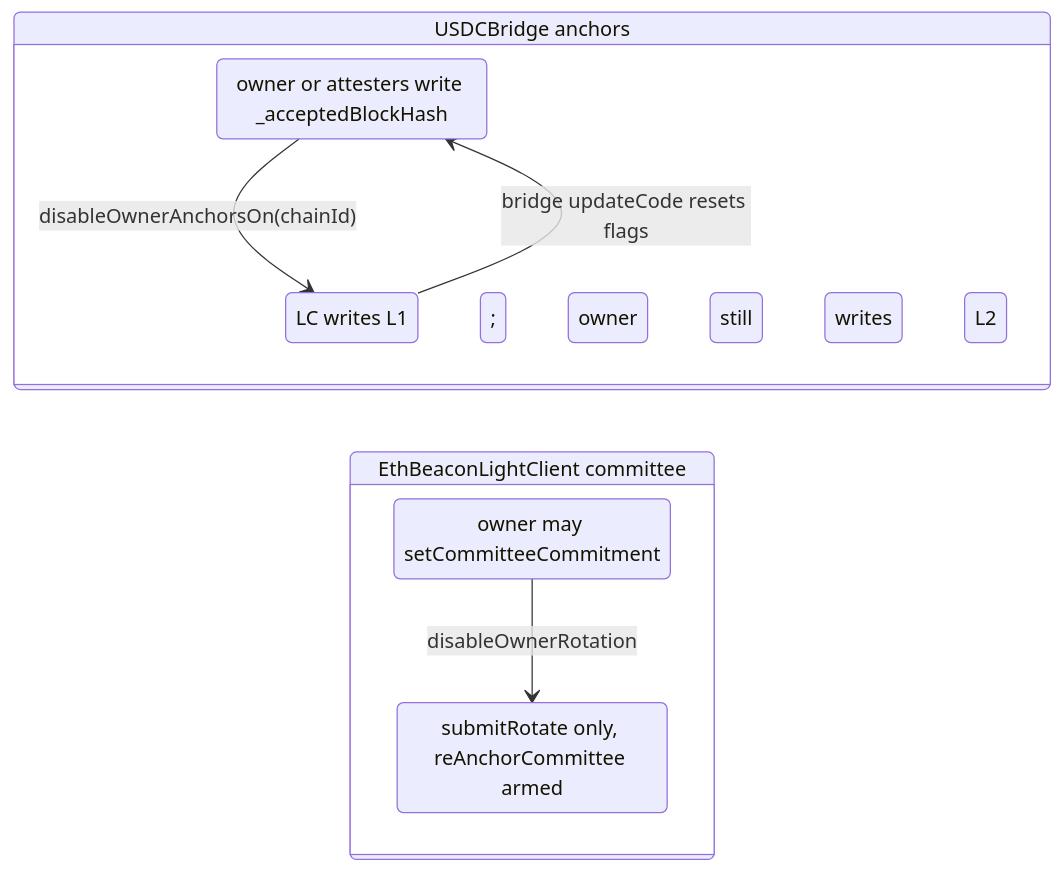
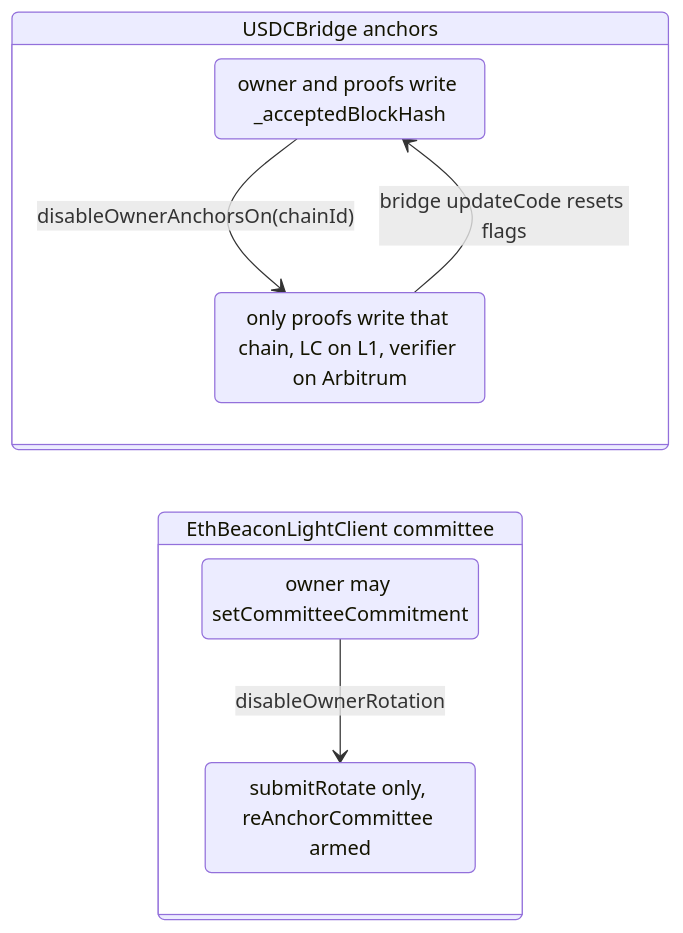
The fourth of 5 diagrams in docs/eth-light-client.md (gosh-sh/bridge), drawn with Mermaid before and after one commit. The commit also changed other lines of this file and 7 other files, not shown here.

First line of the commit message:
Anchor writers: no attester path, the Arbitrum verifier named (bridge-audit#111) (#158)

````diff
--- a/docs/eth-light-client.md
+++ b/docs/eth-light-client.md
@@ -302,15 +303,15 @@
 ```mermaid
 stateDiagram-v2
   direction LR
   state "USDCBridge anchors" as UBA {
-    OwnerAnchors: owner or attesters write _acceptedBlockHash
-    LightClientAnchors: LC writes L1; owner still writes L2
-    OwnerAnchors --> LightClientAnchors: disableOwnerAnchorsOn(chainId)
-    LightClientAnchors --> OwnerAnchors: bridge updateCode resets flags
+    OwnerAnchors: owner and proofs write _acceptedBlockHash
+    ProofAnchors: only proofs write that chain, LC on L1, verifier on Arbitrum
+    OwnerAnchors --> ProofAnchors: disableOwnerAnchorsOn(chainId)
+    ProofAnchors --> OwnerAnchors: bridge updateCode resets flags
   }
   state "EthBeaconLightClient committee" as LCC {
     OwnerRotation: owner may setCommitteeCommitment
     ProofRotation: submitRotate only, reAnchorCommittee armed
     OwnerRotation --> ProofRotation: disableOwnerRotation
   }
 ```
````
